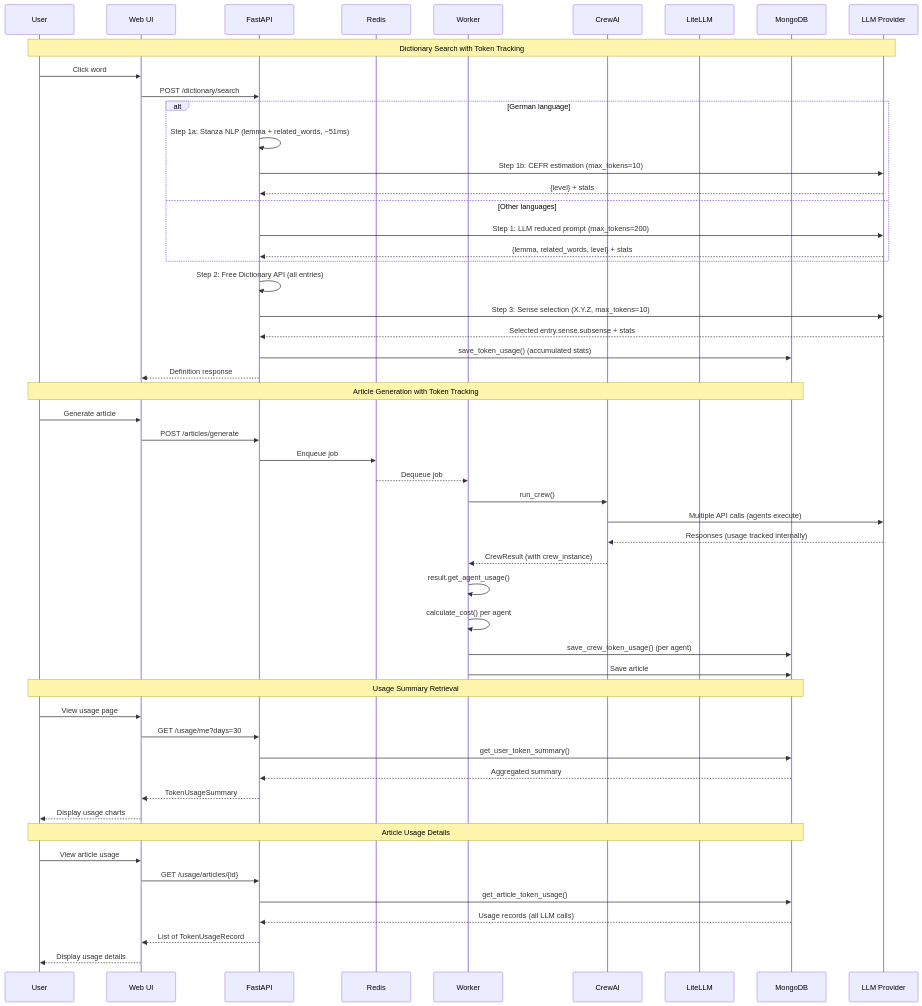
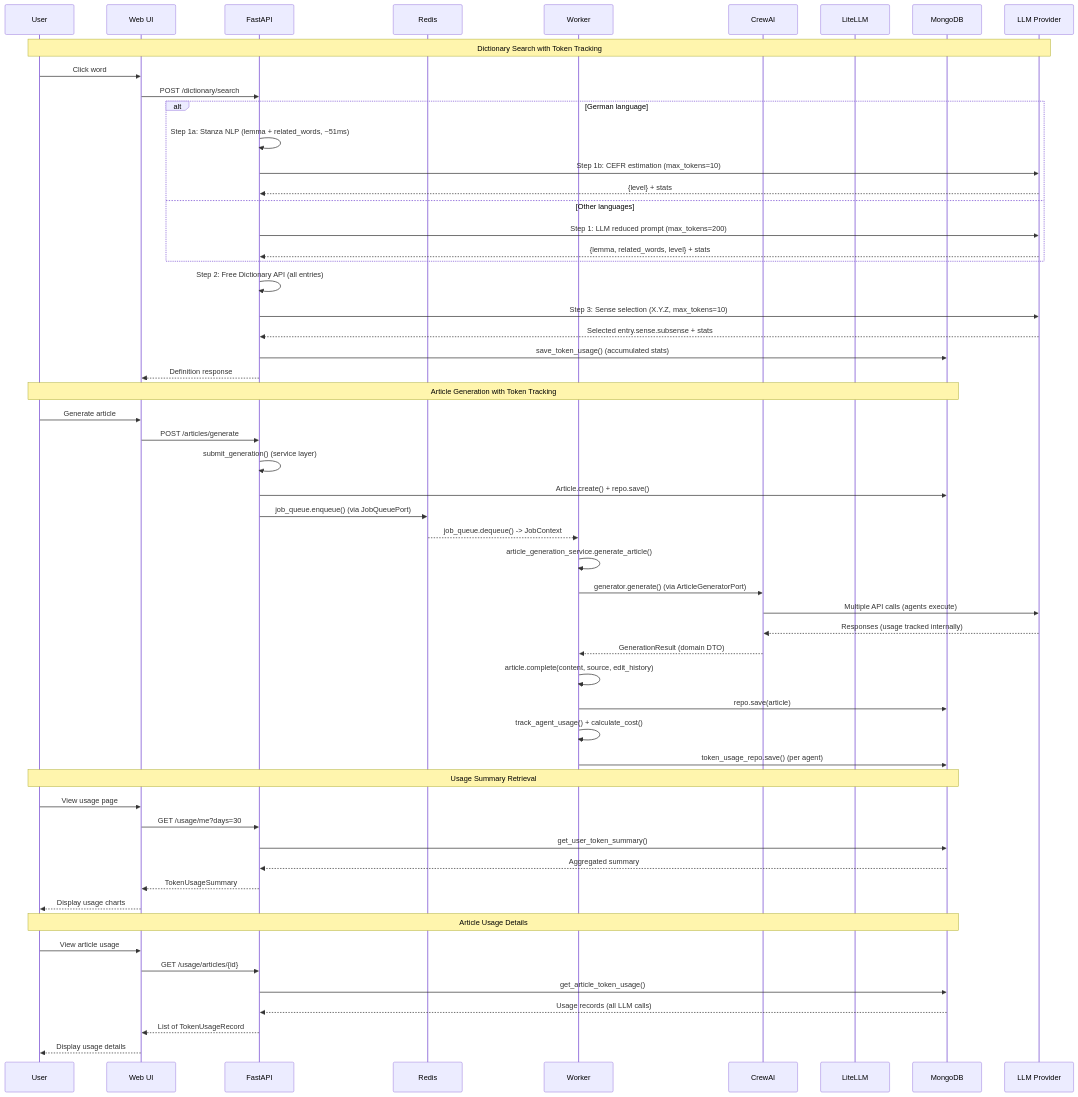
One commit to seung-gu/opad changed the fourth of 7 diagrams in docs/ARCHITECTURE.md. Above: the diagram before and after it, drawn with Mermaid. The commit also changed other lines of this file and 60 other files, not shown here.

First line of the commit message:
feat: Add JobQueuePort, ArticleGeneratorPort, and enrich Article domain model (#101)

````diff
--- a/docs/ARCHITECTURE.md
+++ b/docs/ARCHITECTURE.md
@@ -1006,61 +1181,64 @@
 ```mermaid
 sequenceDiagram
     participant User
     participant WebUI as Web UI
     participant API as FastAPI
     participant Redis
     participant Worker
     participant CrewAI
     participant LiteLLM
     participant MongoDB
     participant LLM as LLM Provider
 
     Note over User,LLM: Dictionary Search with Token Tracking
     User->>WebUI: Click word
     WebUI->>API: POST /dictionary/search
 
     alt German language
         API->>API: Step 1a: Stanza NLP (lemma + related_words, ~51ms)
         API->>LLM: Step 1b: CEFR estimation (max_tokens=10)
         LLM-->>API: {level} + stats
     else Other languages
         API->>LLM: Step 1: LLM reduced prompt (max_tokens=200)
         LLM-->>API: {lemma, related_words, level} + stats
     end
 
     API->>API: Step 2: Free Dictionary API (all entries)
     API->>LLM: Step 3: Sense selection (X.Y.Z, max_tokens=10)
     LLM-->>API: Selected entry.sense.subsense + stats
     API->>MongoDB: save_token_usage() (accumulated stats)
     API-->>WebUI: Definition response
 
     Note over User,MongoDB: Article Generation with Token Tracking
     User->>WebUI: Generate article
     WebUI->>API: POST /articles/generate
-    API->>Redis: Enqueue job
-    Redis-->>Worker: Dequeue job
-    Worker->>CrewAI: run_crew()
+    API->>API: submit_generation() (service layer)
+    API->>MongoDB: Article.create() + repo.save()
+    API->>Redis: job_queue.enqueue() (via JobQueuePort)
+    Redis-->>Worker: job_queue.dequeue() -> JobContext
+    Worker->>Worker: article_generation_service.generate_article()
+    Worker->>CrewAI: generator.generate() (via ArticleGeneratorPort)
     CrewAI->>LLM: Multiple API calls (agents execute)
     LLM-->>CrewAI: Responses (usage tracked internally)
-    CrewAI-->>Worker: CrewResult (with crew_instance)
-    Worker->>Worker: result.get_agent_usage()
-    Worker->>Worker: calculate_cost() per agent
-    Worker->>MongoDB: save_crew_token_usage() (per agent)
-    Worker->>MongoDB: Save article
+    CrewAI-->>Worker: GenerationResult (domain DTO)
+    Worker->>Worker: article.complete(content, source, edit_history)
+    Worker->>MongoDB: repo.save(article)
+    Worker->>Worker: track_agent_usage() + calculate_cost()
+    Worker->>MongoDB: token_usage_repo.save() (per agent)
 
     Note over User,MongoDB: Usage Summary Retrieval
     User->>WebUI: View usage page
     WebUI->>API: GET /usage/me?days=30
     API->>MongoDB: get_user_token_summary()
     MongoDB-->>API: Aggregated summary
     API-->>WebUI: TokenUsageSummary
     WebUI-->>User: Display usage charts
 
     Note over User,MongoDB: Article Usage Details
     User->>WebUI: View article usage
     WebUI->>API: GET /usage/articles/{id}
     API->>MongoDB: get_article_token_usage()
     MongoDB-->>API: Usage records (all LLM calls)
     API-->>WebUI: List of TokenUsageRecord
     WebUI-->>User: Display usage details
 ```
````
